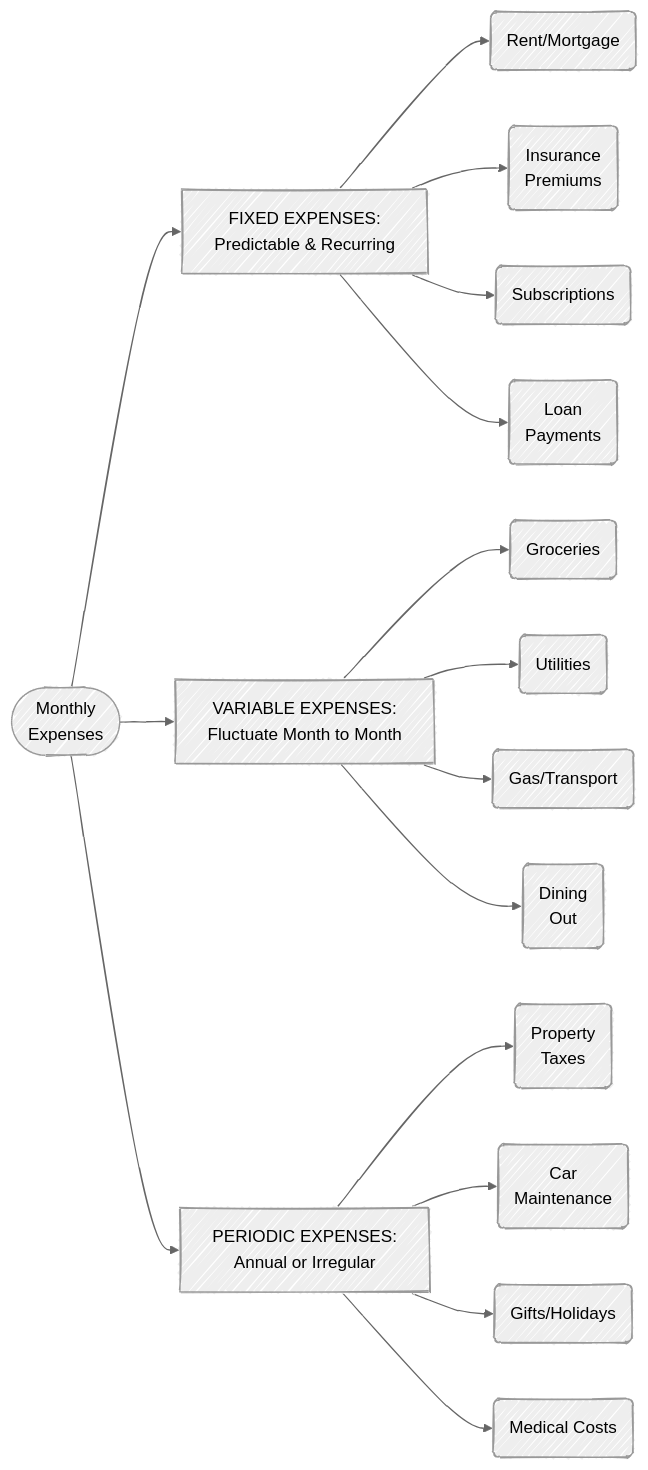
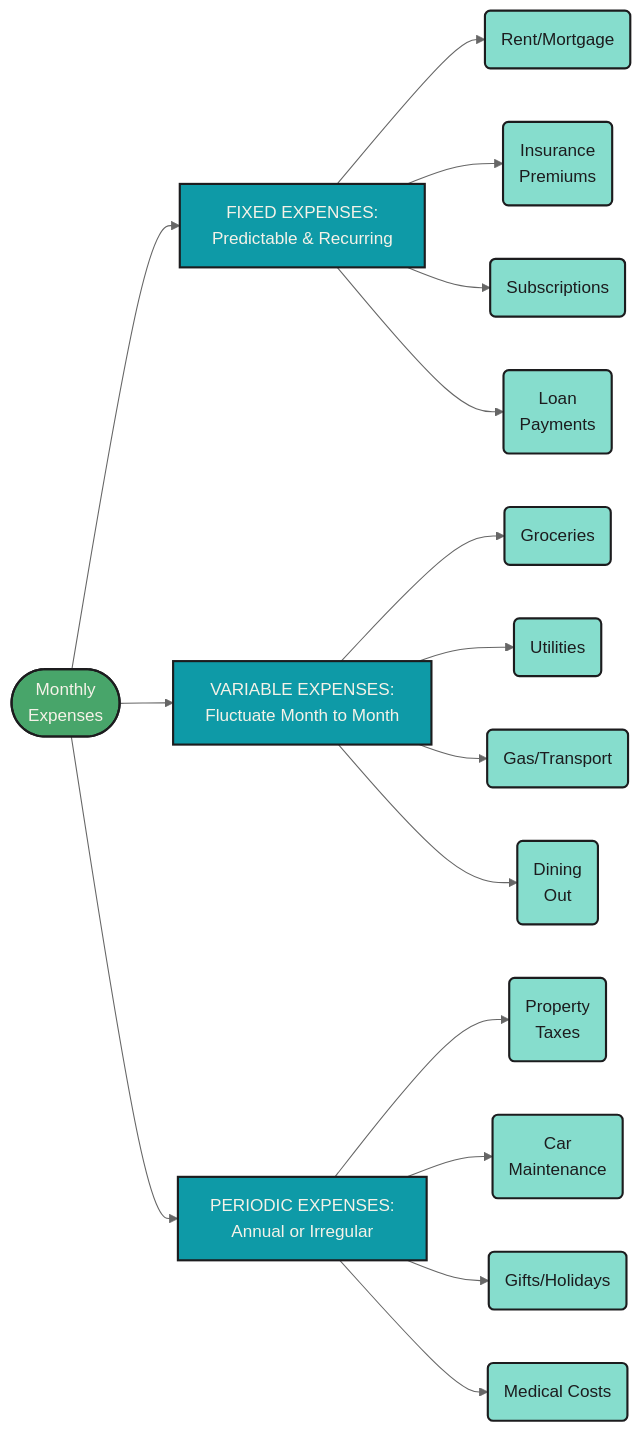
Before and after one commit to mjfrigaard/fm-finance: the second of 6 diagrams in budgeting.qmd, drawn with Mermaid. The commit also changed other lines of this file and 5 other files, not shown here.

Commit message:
updates to mermaid

````diff
--- a/budgeting.qmd
+++ b/budgeting.qmd
@@ -60,25 +67,41 @@
 ```{mermaid}
 %%| fig-cap: 'Fixed vs. Variable Expenses'
 %%| fig-align: center
-%%{init: {'theme': 'neutral', 'look': 'handDrawn', 'themeVariables': { 'fontFamily': 'monospace', "fontSize":"16px"}}}%%
+%%{init: {'theme': 'neutral', 'themeVariables': { 'fontFamily': 'monospace', "fontSize":"16px"}}}%%
 
 flowchart LR
     Expenses(["Monthly<br>Expenses"]) --> Fixed["FIXED EXPENSES:<br/>Predictable & Recurring"]
     Expenses --> Variable["VARIABLE EXPENSES:<br/>Fluctuate Month to Month"]
     Expenses --> Periodic["PERIODIC EXPENSES:<br/>Annual or Irregular"]
-    
+
     Fixed --> Rent("Rent/Mortgage")
     Fixed --> Insurance("Insurance<br>Premiums")
     Fixed --> Subs("Subscriptions")
     Fixed --> Loans("Loan<br>Payments")
-    
+
     Variable --> Groceries("Groceries")
     Variable --> Utilities("Utilities")
     Variable --> Gas("Gas/Transport")
     Variable --> Dining("Dining<br>Out")
-    
+
     Periodic --> Taxes("Property<br>Taxes")
     Periodic --> CarMaint("Car<br>Maintenance")
     Periodic --> Gifts("Gifts/Holidays")
     Periodic --> Medical("Medical Costs")
+    style Expenses fill:#48a56a,color:#F5F2E8,stroke:#1C1C1E,stroke-width:2px
+    style Fixed fill:#0e9aa7,color:#F5F2E8,stroke:#1C1C1E,stroke-width:2px
+    style Variable fill:#0e9aa7,color:#F5F2E8,stroke:#1C1C1E,stroke-width:2px
+    style Periodic fill:#0e9aa7,color:#F5F2E8,stroke:#1C1C1E,stroke-width:2px
+    style Rent fill:#86ddcd,color:#1C1C1E,stroke:#1C1C1E,stroke-width:2px
+    style Insurance fill:#86ddcd,color:#1C1C1E,stroke:#1C1C1E,stroke-width:2px
+    style Subs fill:#86ddcd,color:#1C1C1E,stroke:#1C1C1E,stroke-width:2px
+    style Loans fill:#86ddcd,color:#1C1C1E,stroke:#1C1C1E,stroke-width:2px
+    style Groceries fill:#86ddcd,color:#1C1C1E,stroke:#1C1C1E,stroke-width:2px
+    style Utilities fill:#86ddcd,color:#1C1C1E,stroke:#1C1C1E,stroke-width:2px
+    style Gas fill:#86ddcd,color:#1C1C1E,stroke:#1C1C1E,stroke-width:2px
+    style Dining fill:#86ddcd,color:#1C1C1E,stroke:#1C1C1E,stroke-width:2px
+    style Taxes fill:#86ddcd,color:#1C1C1E,stroke:#1C1C1E,stroke-width:2px
+    style CarMaint fill:#86ddcd,color:#1C1C1E,stroke:#1C1C1E,stroke-width:2px
+    style Gifts fill:#86ddcd,color:#1C1C1E,stroke:#1C1C1E,stroke-width:2px
+    style Medical fill:#86ddcd,color:#1C1C1E,stroke:#1C1C1E,stroke-width:2px
 ```
````
